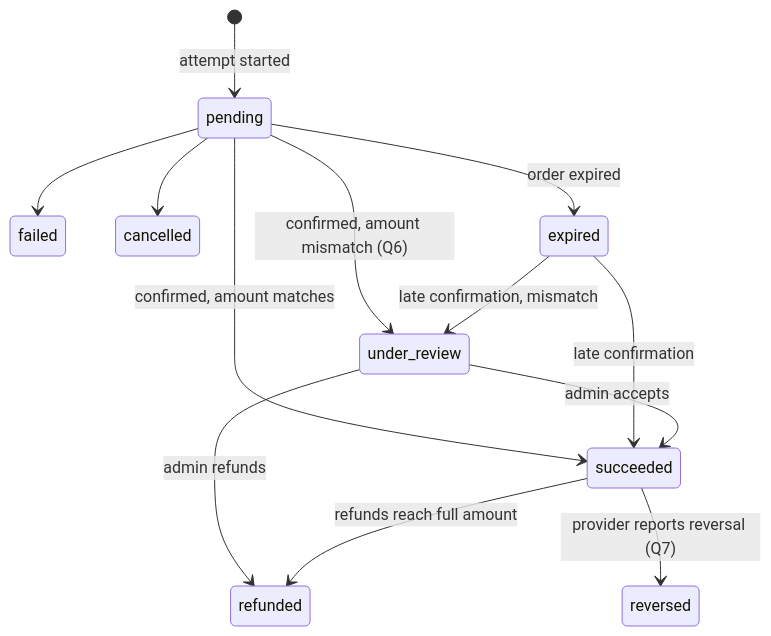
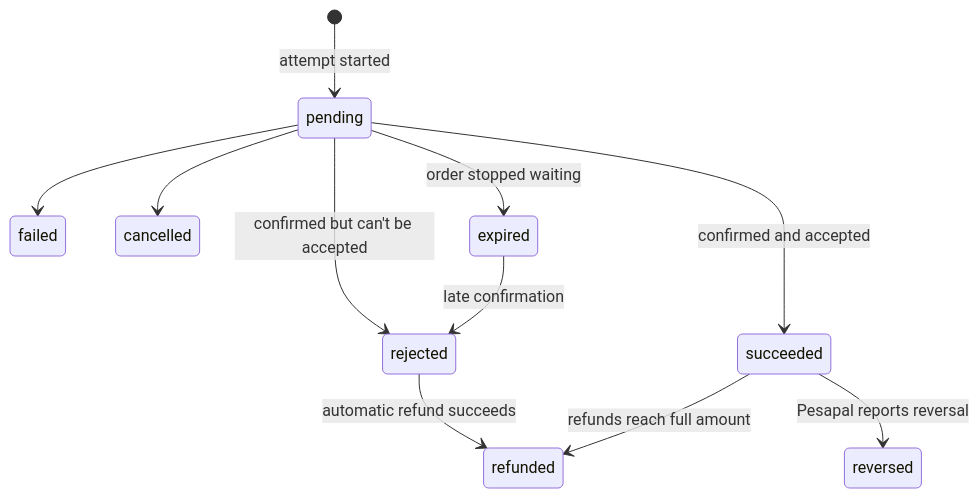
One commit to kreativesahara/ticket changed the third of 7 diagrams in doc/state-machines.md. Above: the diagram before and after it, drawn with Mermaid. The commit also changed other lines of this file and 5 other files, not shown here.

````diff
--- a/doc/state-machines.md
+++ b/doc/state-machines.md
@@ -125,15 +126,13 @@
 ```mermaid
 stateDiagram-v2
     [*] --> pending : attempt started
-    pending --> succeeded : confirmed, amount matches
-    pending --> under_review : confirmed, amount mismatch (Q6)
+    pending --> succeeded : confirmed and accepted
+    pending --> rejected : confirmed but can't be accepted
     pending --> failed
     pending --> cancelled
-    pending --> expired : order expired
-    expired --> succeeded : late confirmation
-    expired --> under_review : late confirmation, mismatch
-    under_review --> succeeded : admin accepts
-    under_review --> refunded : admin refunds
+    pending --> expired : order stopped waiting
+    expired --> rejected : late confirmation
+    rejected --> refunded : automatic refund succeeds
     succeeded --> refunded : refunds reach full amount
-    succeeded --> reversed : provider reports reversal (Q7)
+    succeeded --> reversed : Pesapal reports reversal
 ```
````
